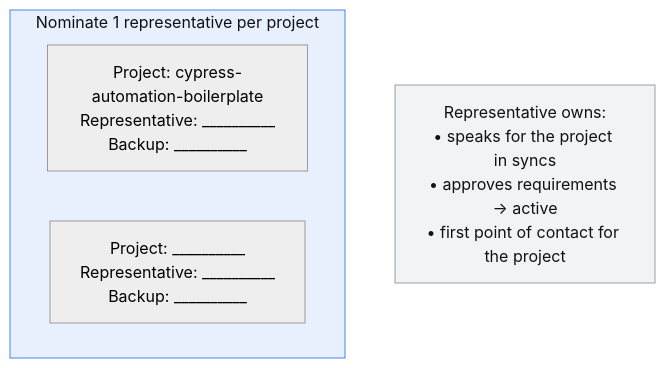
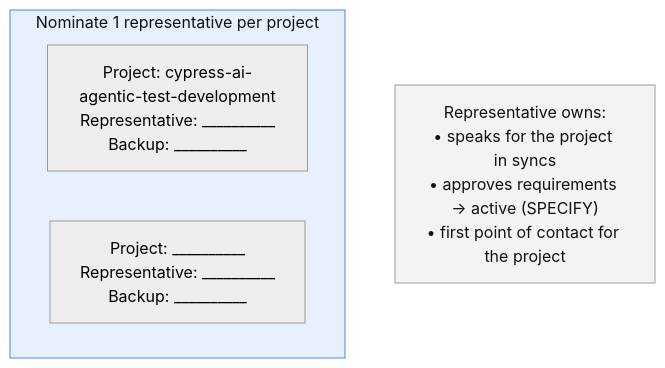
Before and after one commit to lfyagya/AI-Agentic-Test-Development: the ninth of 11 diagrams in docs/onboarding/first-session.md, drawn with Mermaid (neutral theme). The commit also changed other lines of this file, not shown here.

````diff
--- a/docs/onboarding/first-session.md
+++ b/docs/onboarding/first-session.md
@@ -183,11 +211,11 @@
 ```mermaid
 flowchart TB
     subgraph NOM["Nominate 1 representative per project"]
-        p1["Project: cypress-automation-boilerplate<br/>Representative: __________<br/>Backup: __________"]
+        p1["Project: cypress-ai-agentic-test-development<br/>Representative: __________<br/>Backup: __________"]
         p2["Project: __________<br/>Representative: __________<br/>Backup: __________"]
     end
-    role["Representative owns:<br/>• speaks for the project in syncs<br/>• approves requirements → active<br/>• first point of contact for the project"]
+    role["Representative owns:<br/>• speaks for the project in syncs<br/>• approves requirements → active (SPECIFY)<br/>• first point of contact for the project"]
 
     style NOM fill:#e8f0fe,stroke:#4285f4,color:#111
     style role fill:#f1f3f4,stroke:#9aa0a6,color:#111
 ```
````
